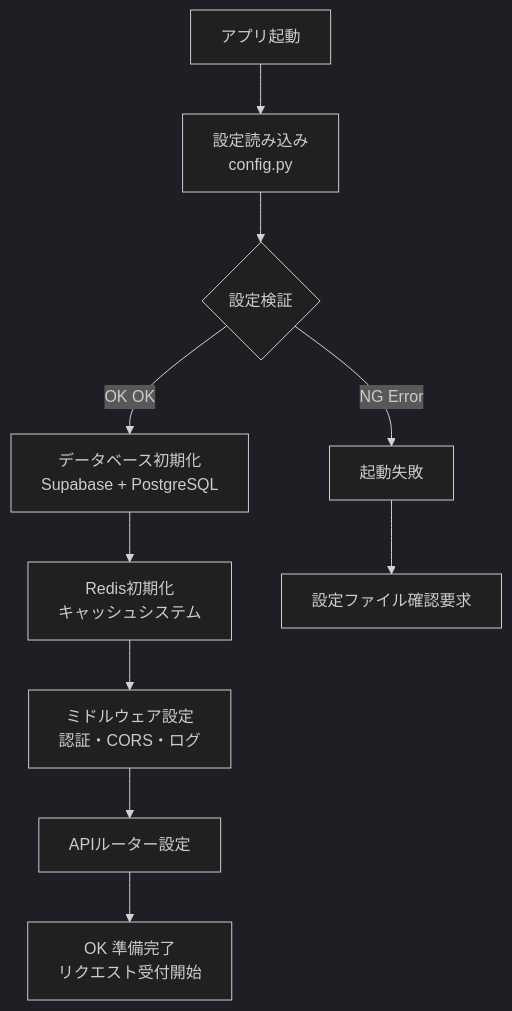
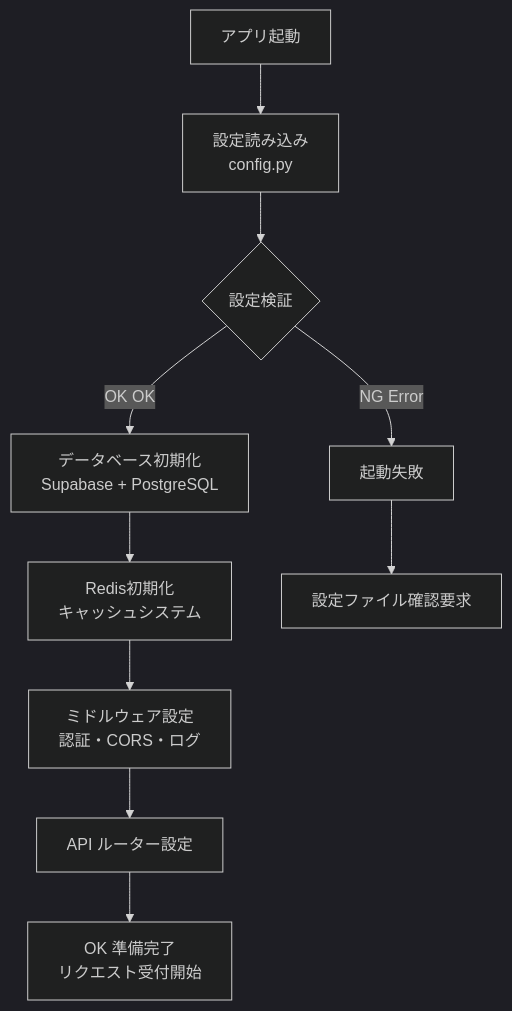
One commit to itdojp/supabase-architecture-patterns-book changed the fourth of 4 diagrams in docs/chapters/chapter05-1/index.md. Above: the diagram before and after it, drawn with Mermaid (dark theme). The commit also changed other lines of this file and 31 other files, not shown here.

````diff
--- a/docs/chapters/chapter05-1/index.md
+++ b/docs/chapters/chapter05-1/index.md
@@ -741,14 +741,14 @@
 ```mermaid
 flowchart TD
     A[ アプリ起動] --> B[ 設定読み込み<br/>config.py]
     B --> C{ 設定検証}
     C -->|OK OK| D[ データベース初期化<br/>Supabase + PostgreSQL]
     C -->|NG Error| E[ 起動失敗]
-    
+
     D --> F[ Redis初期化<br/>キャッシュシステム]
     F --> G[ ミドルウェア設定<br/>認証・CORS・ログ]
-    G --> H[ APIルーター設定]
+    G --> H[ API ルーター設定]
     H --> I[OK 準備完了<br/>リクエスト受付開始]
-    
+
     E --> J[ 設定ファイル確認要求]
 ```
````
